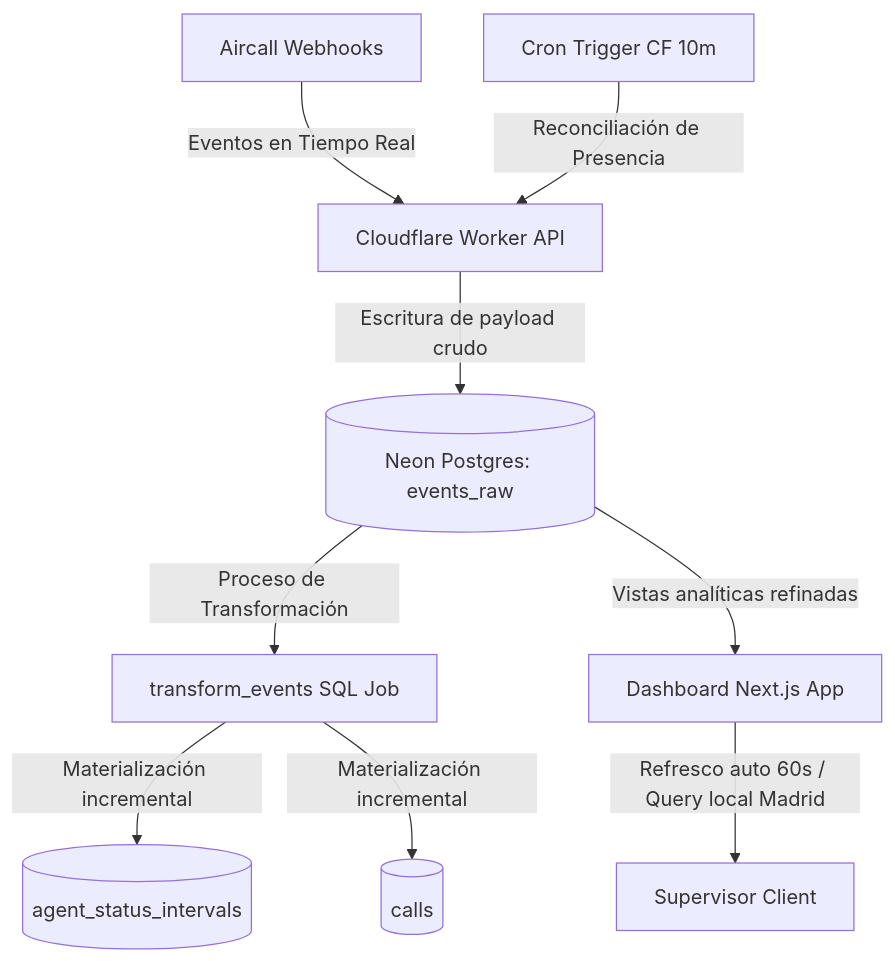
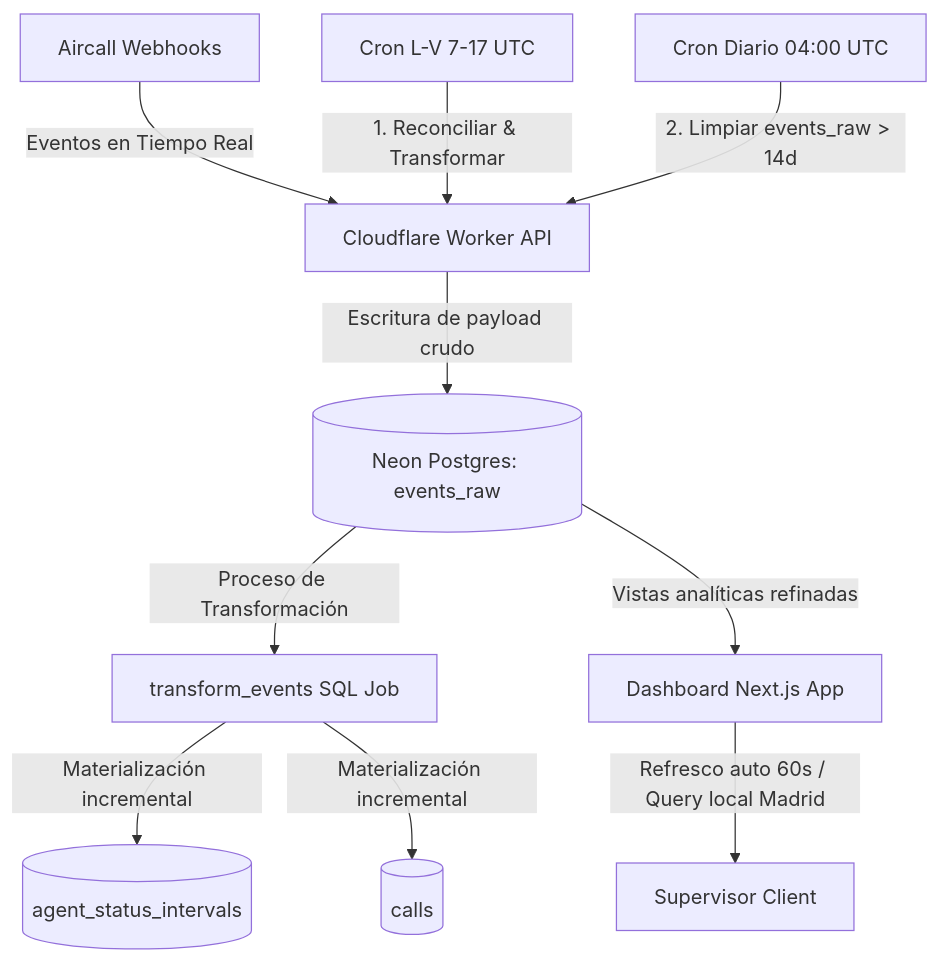
One commit to JordiPutellas/Aircall-kpi-dashboard changed the diagram in README.md. Above: the diagram before and after it, drawn with Mermaid. The commit also changed other lines of this file, not shown here.

````diff
--- a/README.md
+++ b/README.md
@@ -14,11 +14,12 @@
 ```mermaid
 graph TD
     A[Aircall Webhooks] -->|Eventos en Tiempo Real| B[Cloudflare Worker API]
-    C[Cron Trigger CF 10m] -->|Reconciliación de Presencia| B
+    C1[Cron L-V 7-17 UTC] -->|1. Reconciliar & Transformar| B
+    C2[Cron Diario 04:00 UTC] -->|2. Limpiar events_raw > 14d| B
     B -->|Escritura de payload crudo| D[(Neon Postgres: events_raw)]
     D -->|Proceso de Transformación| E[transform_events SQL Job]
     E -->|Materialización incremental| F[(agent_status_intervals)]
     E -->|Materialización incremental| G[(calls)]
     D -->|Vistas analíticas refinadas| H[Dashboard Next.js App]
     H -->|Refresco auto 60s / Query local Madrid| I[Supervisor Client]
 ```
````
